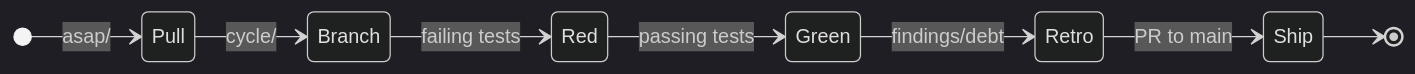
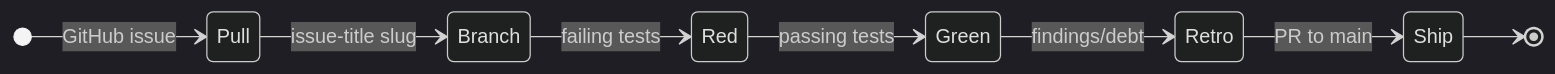
The diagram in docs/METHOD.md (flyingrobots/wesley), drawn with Mermaid (dark theme) before and after one commit. The commit also changed other lines of this file and 178 other files, not shown here.

Commit message:
docs(method): migrate backlog to GitHub issues

````diff
--- a/docs/METHOD.md
+++ b/docs/METHOD.md
@@ -38,11 +53,11 @@
 ```mermaid
 stateDiagram-v2
     direction LR
-    [*] --> Pull: asap/
-    Pull --> Branch: cycle/
+    [*] --> Pull: GitHub issue
+    Pull --> Branch: issue-title slug
     Branch --> Red: failing tests
     Red --> Green: passing tests
     Green --> Retro: findings/debt
     Retro --> Ship: PR to main
     Ship --> [*]
 ```
````
